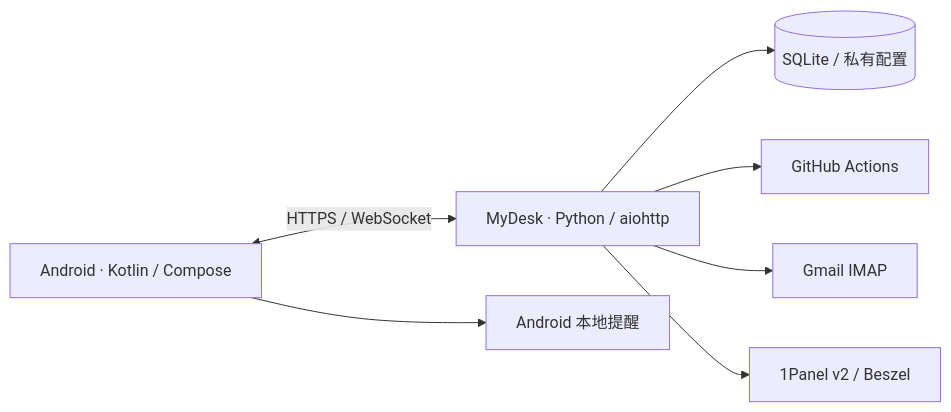
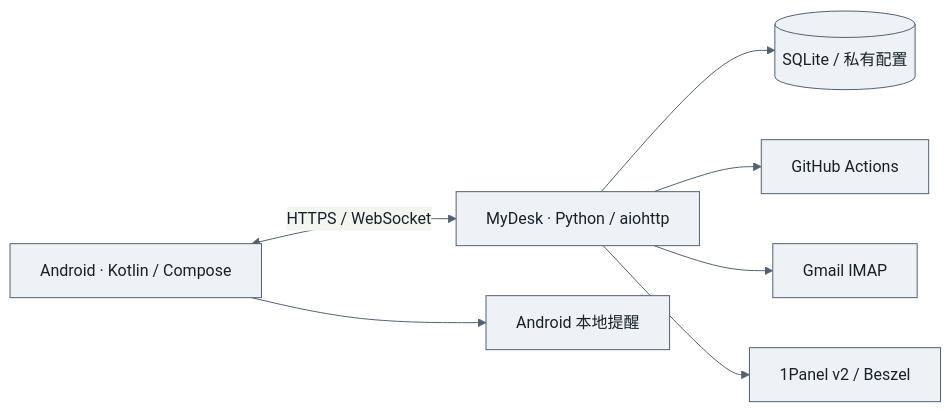
One commit to xiaoxiaoxiaoHuanGe/MyDesk changed the diagram in README.md. Above: the diagram before and after it, drawn with Mermaid. The commit also changed other lines of this file, not shown here.

````diff
--- a/README.md
+++ b/README.md
@@ -110,9 +111,10 @@
 ```mermaid
+%%{init: {'theme': 'base', 'themeVariables': {'primaryColor': '#eef2f6', 'primaryBorderColor': '#526273', 'primaryTextColor': '#18212b', 'lineColor': '#526273'}}}%%
 flowchart LR
     App[Android · Kotlin / Compose] <-->|HTTPS / WebSocket| API[MyDesk · Python / aiohttp]
     API --> DB[(SQLite / 私有配置)]
     API --> GitHub[GitHub Actions]
     API --> Gmail[Gmail IMAP]
     API --> Monitor[1Panel v2 / Beszel]
     App --> Alarm[Android 本地提醒]
 ```
````
